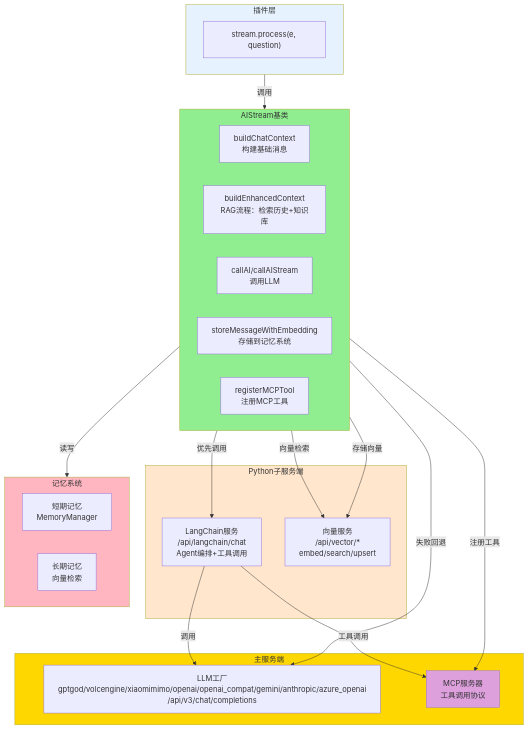
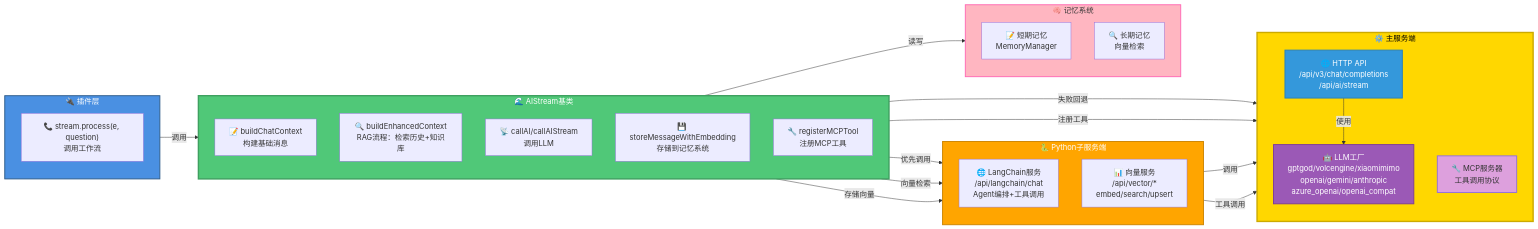
Before and after one commit to sunflowermm/XRK-AGT: the first of 5 diagrams in docs/aistream.md, drawn with Mermaid. The commit also changed other lines of this file and 12 other files, not shown here.

````diff
--- a/docs/aistream.md
+++ b/docs/aistream.md
@@ -27,46 +27,55 @@
 ```mermaid
-flowchart TB
-    subgraph Plugin["插件层"]
-        Call["stream.process(e, question)"]
+flowchart LR
+    subgraph Plugin["🔌 插件层"]
+        direction TB
+        Call["📞 stream.process(e, question)<br/>调用工作流"]
     end
     
-    subgraph AIStream["AIStream基类"]
-        BuildCtx["buildChatContext<br/>构建基础消息"]
-        Enhance["buildEnhancedContext<br/>RAG流程：检索历史+知识库"]
-        CallAI["callAI/callAIStream<br/>调用LLM"]
-        Store["storeMessageWithEmbedding<br/>存储到记忆系统"]
-        Register["registerMCPTool<br/>注册MCP工具"]
+    subgraph AIStream["🌊 AIStream基类"]
+        direction TB
+        BuildCtx["📝 buildChatContext<br/>构建基础消息"]
+        Enhance["🔍 buildEnhancedContext<br/>RAG流程：检索历史+知识库"]
+        CallAI["📡 callAI/callAIStream<br/>调用LLM"]
+        Store["💾 storeMessageWithEmbedding<br/>存储到记忆系统"]
+        Register["🔧 registerMCPTool<br/>注册MCP工具"]
     end
     
-    subgraph Subserver["Python子服务端"]
-        LangChain["LangChain服务<br/>/api/langchain/chat<br/>Agent编排+工具调用"]
-        VectorAPI["向量服务<br/>/api/vector/*<br/>embed/search/upsert"]
+    subgraph Subserver["🐍 Python子服务端"]
+        direction TB
+        LangChain["🌐 LangChain服务<br/>/api/langchain/chat<br/>Agent编排+工具调用"]
+        VectorAPI["📊 向量服务<br/>/api/vector/*<br/>embed/search/upsert"]
     end
     
-    subgraph MainServer["主服务端"]
-        LLMFactory["LLM工厂<br/>gptgod/volcengine/xiaomimimo/openai/openai_compat/gemini/anthropic/azure_openai<br/>/api/v3/chat/completions"]
-        MCP["MCP服务器<br/>工具调用协议"]
+    subgraph MainServer["⚙️ 主服务端"]
+        direction TB
+        LLMFactory["🤖 LLM工厂<br/>gptgod/volcengine/xiaomimimo<br/>openai/gemini/anthropic<br/>azure_openai/openai_compat"]
+        HTTPAPI["🌐 HTTP API<br/>/api/v3/chat/completions<br/>/api/ai/stream"]
+        MCP["🔧 MCP服务器<br/>工具调用协议"]
     end
     
-    subgraph Memory["记忆系统"]
-        ShortTerm["短期记忆<br/>MemoryManager"]
-        LongTerm["长期记忆<br/>向量检索"]
+    subgraph Memory["🧠 记忆系统"]
+        direction TB
+        ShortTerm["📝 短期记忆<br/>MemoryManager"]
+        LongTerm["🔍 长期记忆<br/>向量检索"]
     end
     
-    Plugin -->|调用| AIStream
-    AIStream -->|优先调用| LangChain
-    LangChain -->|调用| LLMFactory
-    LangChain -->|工具调用| MCP
-    AIStream -->|失败回退| LLMFactory
-    AIStream -->|向量检索| VectorAPI
-    AIStream -->|存储向量| VectorAPI
-    AIStream -->|注册工具| MCP
-    AIStream -->|读写| Memory
+    Plugin -->|"调用"| AIStream
+    AIStream -->|"优先调用"| LangChain
+    LangChain -->|"调用"| LLMFactory
+    LangChain -->|"工具调用"| MCP
+    AIStream -->|"失败回退"| LLMFactory
+    AIStream -->|"向量检索"| VectorAPI
+    AIStream -->|"存储向量"| VectorAPI
+    AIStream -->|"注册工具"| MCP
+    AIStream -->|"读写"| Memory
+    HTTPAPI -->|"使用"| LLMFactory
     
-    style Plugin fill:#E6F3FF
-    style AIStream fill:#90EE90
-    style Subserver fill:#FFE6CC
-    style MainServer fill:#FFD700
-    style Memory fill:#FFB6C1
-    style MCP fill:#DDA0DD
+    style Plugin fill:#4A90E2,stroke:#2E5C8A,stroke-width:2px,color:#fff
+    style AIStream fill:#50C878,stroke:#3FA060,stroke-width:3px,color:#fff
+    style Subserver fill:#FFA500,stroke:#CC8400,stroke-width:2px,color:#fff
+    style MainServer fill:#FFD700,stroke:#CCAA00,stroke-width:3px,color:#000
+    style Memory fill:#FFB6C1,stroke:#FF69B4,stroke-width:2px
+    style MCP fill:#DDA0DD,stroke:#9370DB,stroke-width:2px
+    style LLMFactory fill:#9B59B6,stroke:#7D3C98,stroke-width:2px,color:#fff
+    style HTTPAPI fill:#3498DB,stroke:#2980B9,stroke-width:2px,color:#fff
 ```
````
